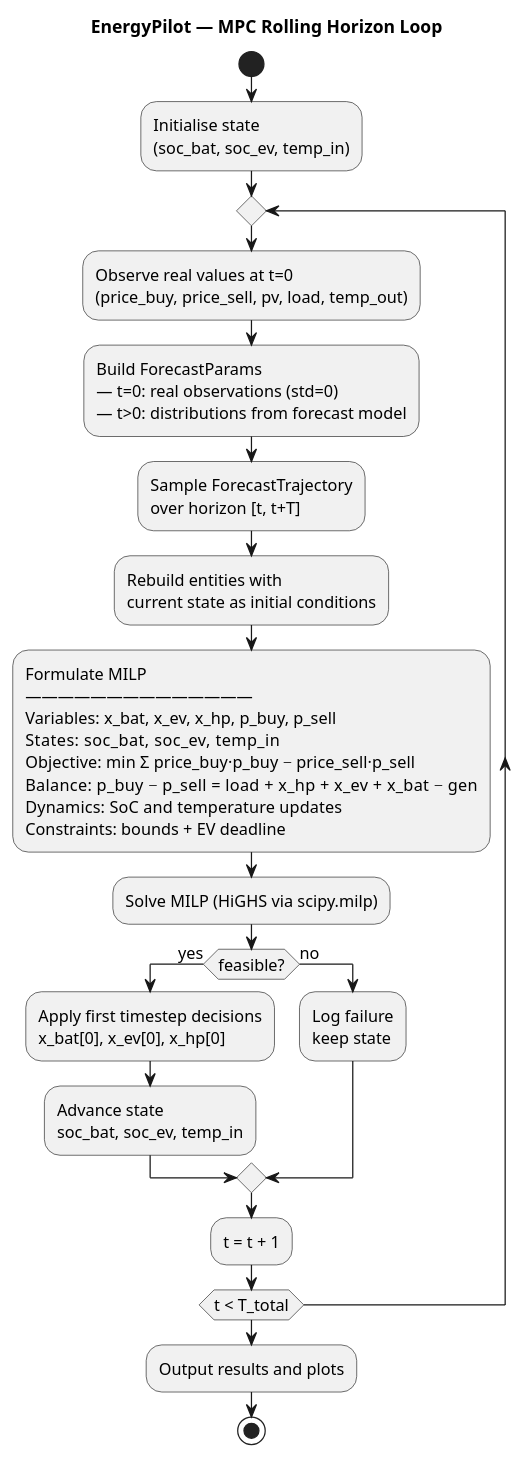
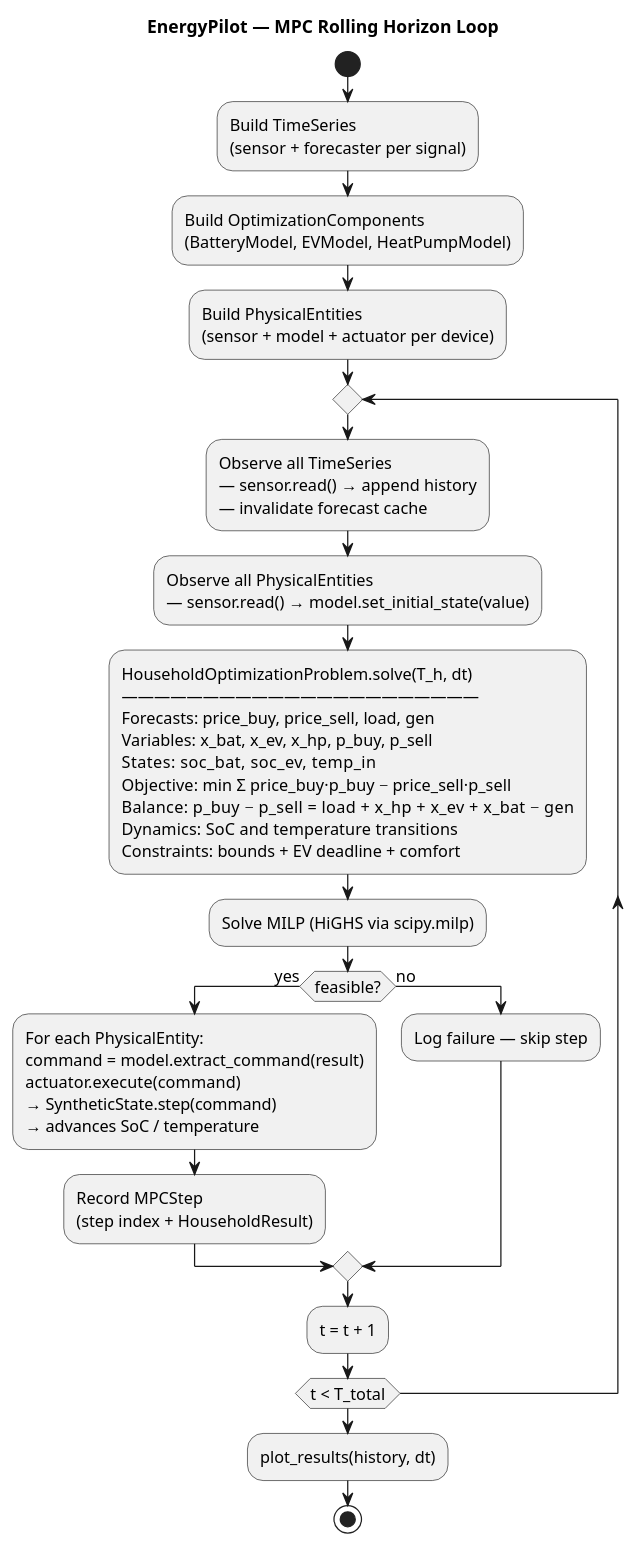
The diagram in diagrams/mpc_loop.puml (AdrianDegenkolb/EnergyPilot), drawn with PlantUML before and after one commit. The commit also changed 30 other files, not shown here.

```diff
--- a/diagrams/mpc_loop.puml
+++ b/diagrams/mpc_loop.puml
@@ -1,37 +1,38 @@
 @startuml mpc_loop
 title EnergyPilot — MPC Rolling Horizon Loop
 
 skinparam defaultFontSize 13
 
 start
 
-:Initialise state\n(soc_bat, soc_ev, temp_in);
+:Build TimeSeries\n(sensor + forecaster per signal);
+
+:Build OptimizationComponents\n(BatteryModel, EVModel, HeatPumpModel);
+
+:Build PhysicalEntities\n(sensor + model + actuator per device);
 
 repeat
-    :Observe real values at t=0\n(price_buy, price_sell, pv, load, temp_out);
 
-    :Build ForecastParams\n— t=0: real observations (std=0)\n— t>0: distributions from forecast model;
+    :Observe all TimeSeries\n— sensor.read() → append history\n— invalidate forecast cache;
 
-    :Sample ForecastTrajectory\nover horizon [t, t+T];
+    :Observe all PhysicalEntities\n— sensor.read() → model.set_initial_state(value);
 
-    :Rebuild entities with\ncurrent state as initial conditions;
-
-    :Formulate MILP\n——————————————\nVariables: x_bat, x_ev, x_hp, p_buy, p_sell\nStates:    soc_bat, soc_ev, temp_in\nObjective: min Σ price_buy·p_buy − price_sell·p_sell\nBalance:   p_buy − p_sell = load + x_hp + x_ev + x_bat − gen\nDynamics:  SoC and temperature updates\nConstraints: bounds + EV deadline;
+    :HouseholdOptimizationProblem.solve(T_h, dt)\n——————————————————————\nForecasts: price_buy, price_sell, load, gen\nVariables: x_bat, x_ev, x_hp, p_buy, p_sell\nStates:    soc_bat, soc_ev, temp_in\nObjective: min Σ price_buy·p_buy − price_sell·p_sell\nBalance:   p_buy − p_sell = load + x_hp + x_ev + x_bat − gen\nDynamics:  SoC and temperature transitions\nConstraints: bounds + EV deadline + comfort;
 
     :Solve MILP (HiGHS via scipy.milp);
 
     if (feasible?) then (yes)
-        :Apply first timestep decisions\nx_bat[0], x_ev[0], x_hp[0];
-        :Advance state\nsoc_bat, soc_ev, temp_in;
+        :For each PhysicalEntity:\ncommand = model.extract_command(result)\nactuator.execute(command)\n→ SyntheticState.step(command)\n→ advances SoC / temperature;
+        :Record MPCStep\n(step index + HouseholdResult);
     else (no)
-        :Log failure\nkeep state;
+        :Log failure — skip step;
     endif
 
     :t = t + 1;
 
 repeat while (t < T_total)
 
-:Output results and plots;
+:plot_results(history, dt);
 
 stop
 @enduml
```
